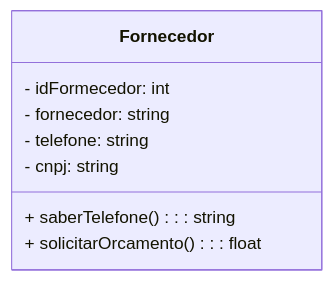
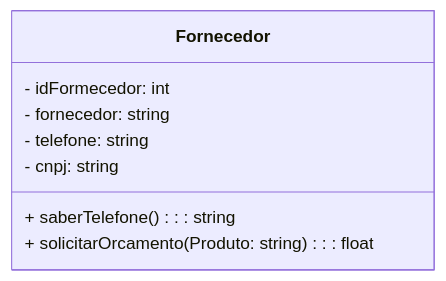
One commit to MTECHDevelopment/poojavaceub-grupo-3 changed the diagram in Fornecedor.md. Above: the diagram before and after it, drawn with Mermaid.

````diff
--- a/Fornecedor.md
+++ b/Fornecedor.md
@@ -2,12 +2,12 @@
 ```mermaid
 classDiagram
   class Fornecedor{
     - idFormecedor: int
     - fornecedor: string
     - telefone: string
     - cnpj: string
     + saberTelefone() : : string
-    + solicitarOrcamento() : : float
+    + solicitarOrcamento(Produto: string) : : float
   }
 
 ```
````
